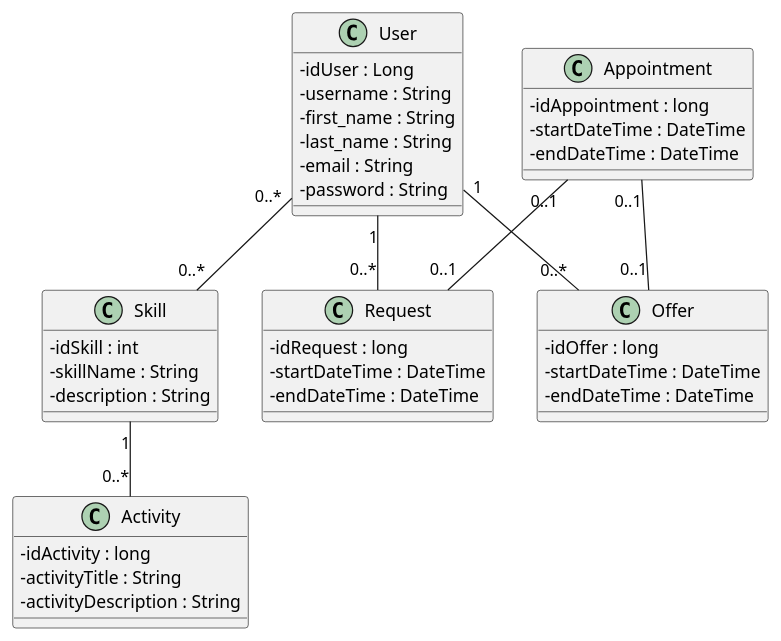
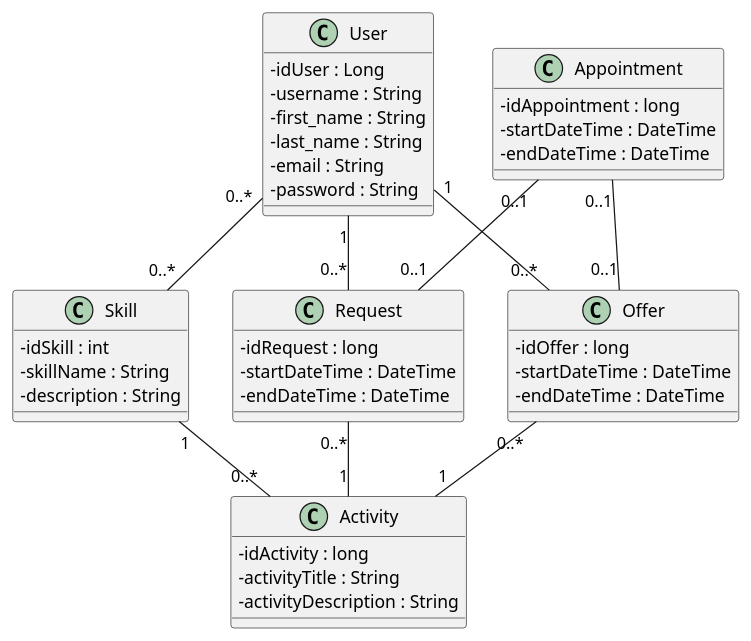
The diagram in Modelisation/02_Class_Digram.puml (albanmartel/SkillsExchange), drawn with PlantUML before and after one commit.

Commit message:
UPDATE '02_Class_Digram.puml' mise à jour de la relation entre une activité et un offre et une activité et une demande

```diff
--- a/Modelisation/02_Class_Digram.puml
+++ b/Modelisation/02_Class_Digram.puml
@@ -1,49 +1,51 @@
 @startuml
 skinparam classAttributeIconSize 0
 
 class User {
   - idUser : Long
   - username : String
   - first_name : String
   - last_name : String
   - email : String
   - password : String
 }
 
 class Skill {
   - idSkill : int
   - skillName : String
   - description : String
 }
 
 class Activity {
   - idActivity : long
   - activityTitle : String
   - activityDescription : String
 }
 
 class Offer {
   - idOffer : long
   - startDateTime : DateTime
   - endDateTime : DateTime
 }
 
 class Appointment{
   - idAppointment : long
   - startDateTime : DateTime
   - endDateTime : DateTime
 }
 
 class Request {
   - idRequest : long
   - startDateTime : DateTime
   - endDateTime : DateTime
 }
 
 User "0..*" -- "0..*" Skill
 User "1" -- "0..*" Offer
 User "1" -- "0..*" Request
 Skill "1" -- "0..*" Activity
 Appointment "0..1" -- "0..1" Offer
 Appointment "0..1" -- "0..1" Request
+Offer "0..*" -- "1" Activity
+Request "0..*" -- "1" Activity
 @enduml
```
